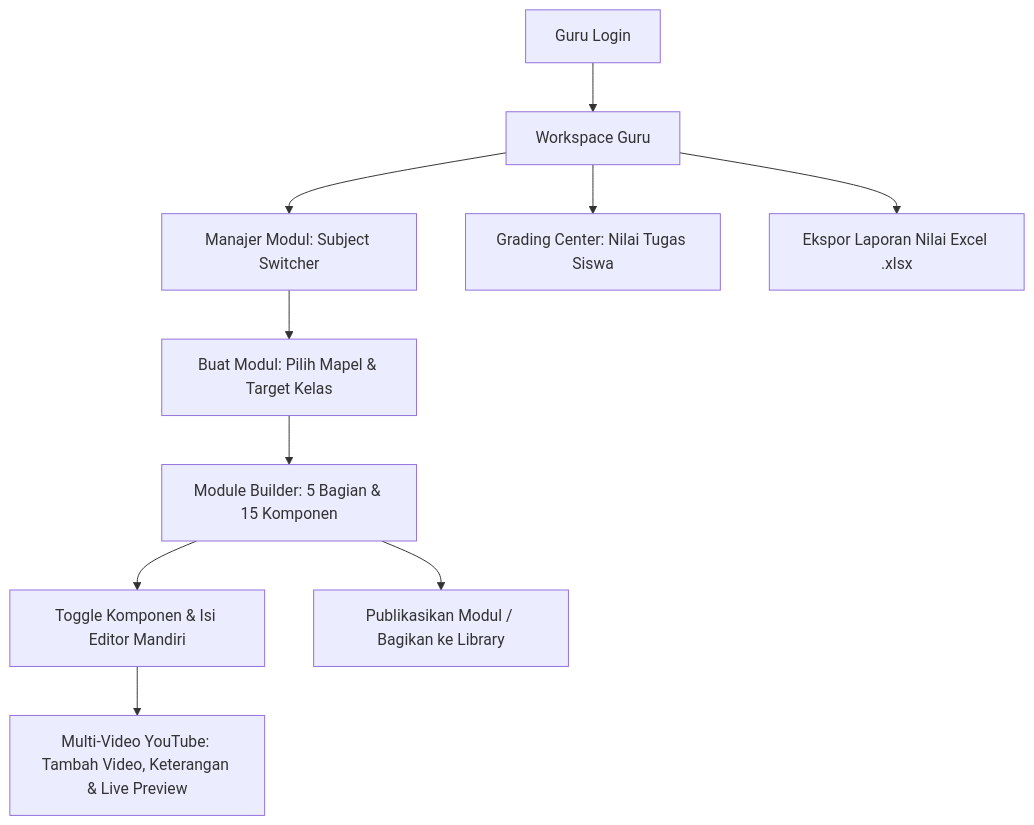
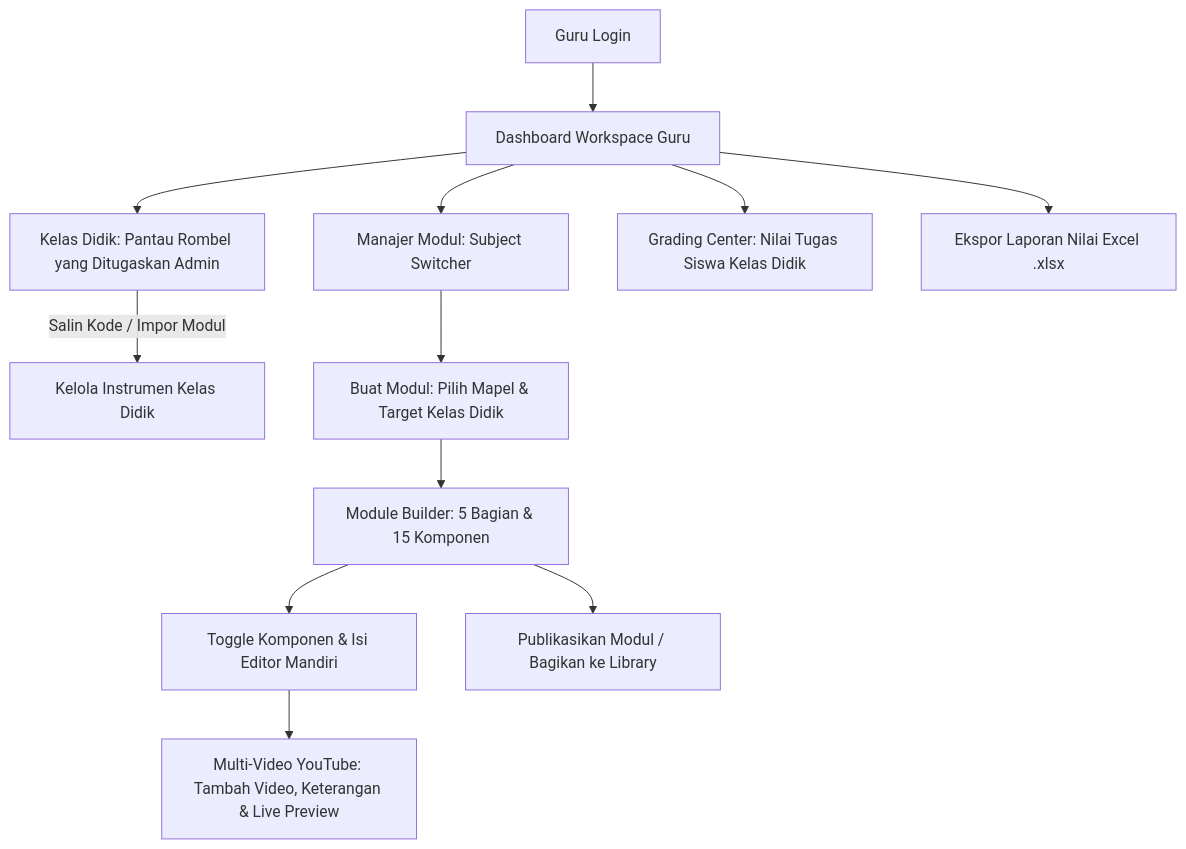
Before and after one commit to AdiLamunedo21/e-modul: the second of 4 diagrams in prd.md, drawn with Mermaid. The commit also changed other lines of this file and 5 other files, not shown here.

Commit message:
feat: fitur build kelas admin dengan auto kode unik dan pembaruan alur di prd.md

````diff
--- a/prd.md
+++ b/prd.md
@@ -229,12 +268,14 @@
 ```mermaid
 graph TD
-    A[Guru Login] --> B[Workspace Guru]
-    B --> C[Manajer Modul: Subject Switcher]
-    C --> D[Buat Modul: Pilih Mapel & Target Kelas]
-    D --> E[Module Builder: 5 Bagian & 15 Komponen]
-    E --> F[Toggle Komponen & Isi Editor Mandiri]
-    F --> G[Multi-Video YouTube: Tambah Video, Keterangan & Live Preview]
-    E --> H[Publikasikan Modul / Bagikan ke Library]
-    B --> I[Grading Center: Nilai Tugas Siswa]
-    B --> J[Ekspor Laporan Nilai Excel .xlsx]
+    A[Guru Login] --> B[Dashboard Workspace Guru]
+    B --> C[Kelas Didik: Pantau Rombel yang Ditugaskan Admin]
+    C -->|Salin Kode / Impor Modul| C1[Kelola Instrumen Kelas Didik]
+    B --> D[Manajer Modul: Subject Switcher]
+    D --> E[Buat Modul: Pilih Mapel & Target Kelas Didik]
+    E --> F[Module Builder: 5 Bagian & 15 Komponen]
+    F --> G[Toggle Komponen & Isi Editor Mandiri]
+    G --> H[Multi-Video YouTube: Tambah Video, Keterangan & Live Preview]
+    F --> I[Publikasikan Modul / Bagikan ke Library]
+    B --> J[Grading Center: Nilai Tugas Siswa Kelas Didik]
+    B --> K[Ekspor Laporan Nilai Excel .xlsx]
 ```
````
